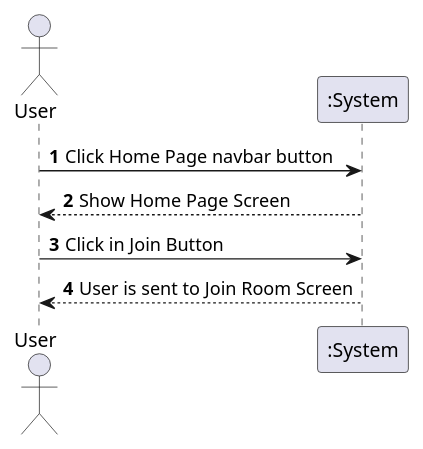
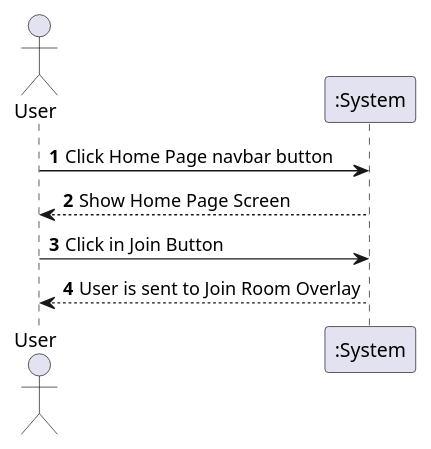
One commit to 8126Lucas/DSSMV_ProjectReact_1241131_1241008 changed the diagram in UMLs/puml/SSD/UCMS-SSD/UCMS1-SSD.puml. Above: the diagram before and after it, drawn with PlantUML. The commit also changed 10 other files, not shown here.

Commit message:
Lucas e Miguel: - Alterações nos diagramas

```diff
--- a/UMLs/puml/SSD/UCMS-SSD/UCMS1-SSD.puml
+++ b/UMLs/puml/SSD/UCMS-SSD/UCMS1-SSD.puml
@@ -1,15 +1,15 @@
 @startuml
 'https://plantuml.com/sequence-diagram
 
 autonumber
 
 Actor "User" as user
 participant ":System" as sys
 
 user -> sys: Click Home Page navbar button
 user <-- sys: Show Home Page Screen
 
 user -> sys: Click in Join Button
-user <-- sys: User is sent to Join Room Screen
+user <-- sys: User is sent to Join Room Overlay
 
 @enduml
```
